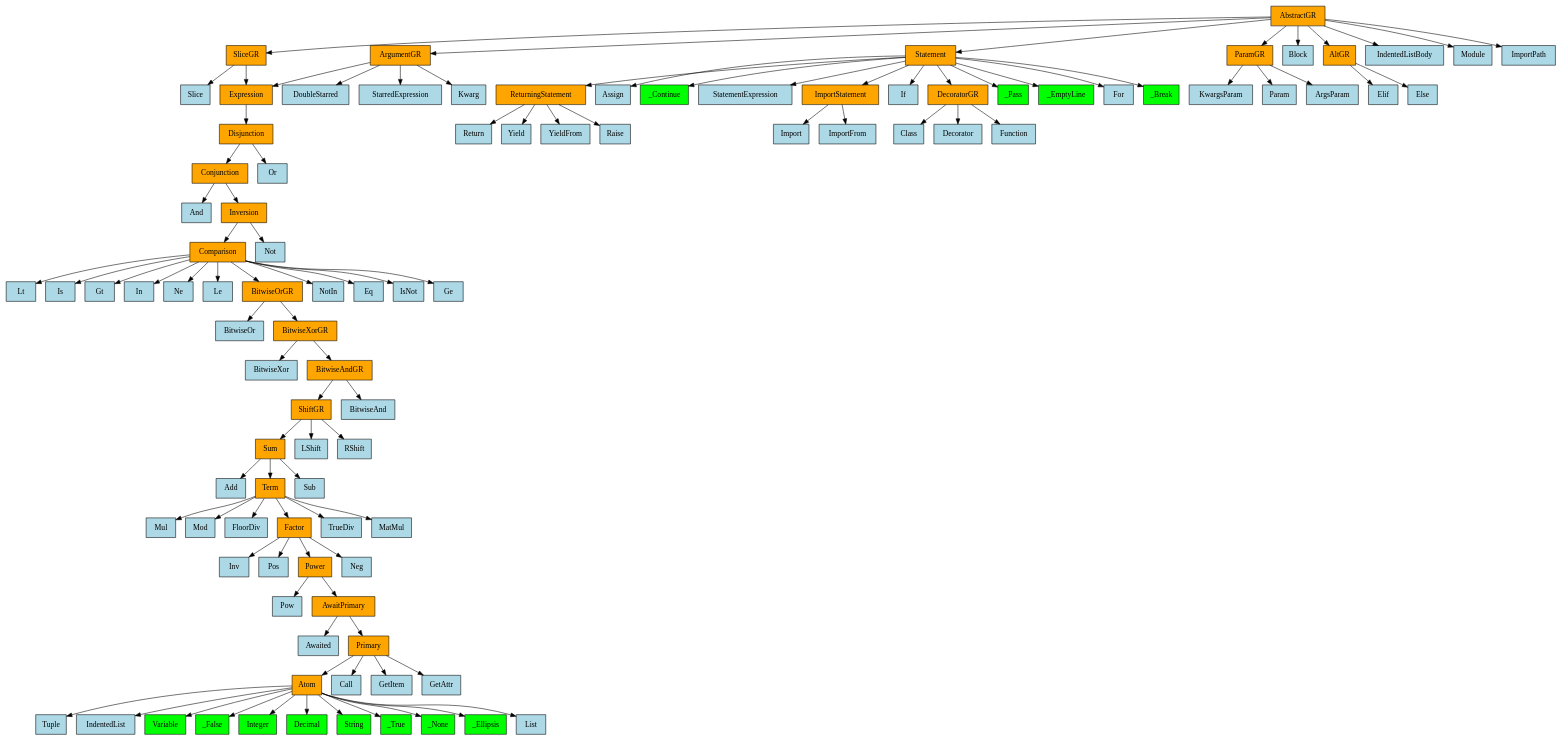
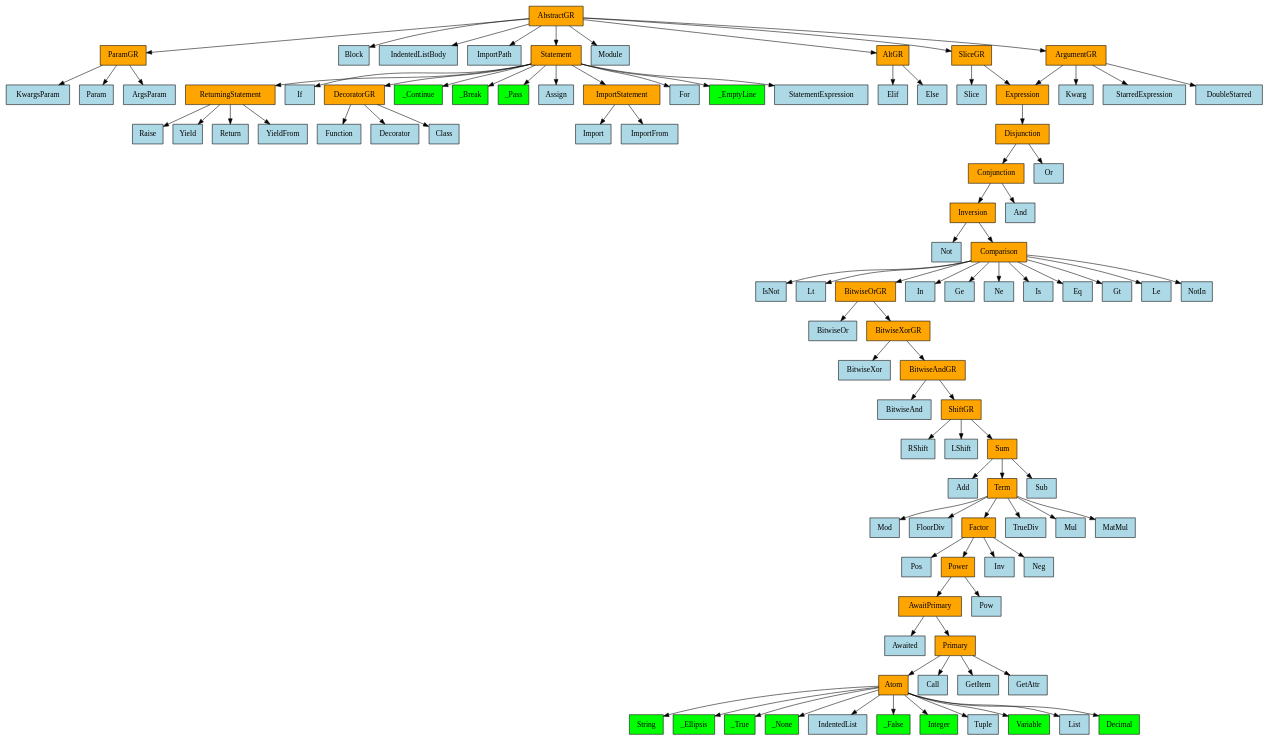
One commit to GabrielAmare/Language changed the diagram in language/base/python/v3_10_0/mro_graph.gv. Above: the diagram before and after it, drawn with Graphviz. The commit also changed 2 other files, not shown here.

```diff
--- a/language/base/python/v3_10_0/mro_graph.gv
+++ b/language/base/python/v3_10_0/mro_graph.gv
@@ -1,200 +1,200 @@
 digraph {
 	0 [label=AbstractGR fillcolor=orange shape=rect style=filled]
-	1 [label=SliceGR fillcolor=orange shape=rect style=filled]
-	2 [label=Statement fillcolor=orange shape=rect style=filled]
-	3 [label=ParamGR fillcolor=orange shape=rect style=filled]
-	4 [label=Block fillcolor=lightblue shape=rect style=filled]
-	5 [label=AltGR fillcolor=orange shape=rect style=filled]
-	6 [label=IndentedListBody fillcolor=lightblue shape=rect style=filled]
-	7 [label=Module fillcolor=lightblue shape=rect style=filled]
-	8 [label=ImportPath fillcolor=lightblue shape=rect style=filled]
+	1 [label=ParamGR fillcolor=orange shape=rect style=filled]
+	2 [label=Block fillcolor=lightblue shape=rect style=filled]
+	3 [label=IndentedListBody fillcolor=lightblue shape=rect style=filled]
+	4 [label=ImportPath fillcolor=lightblue shape=rect style=filled]
+	5 [label=Statement fillcolor=orange shape=rect style=filled]
+	6 [label=Module fillcolor=lightblue shape=rect style=filled]
+	7 [label=AltGR fillcolor=orange shape=rect style=filled]
+	8 [label=SliceGR fillcolor=orange shape=rect style=filled]
 	9 [label=ArgumentGR fillcolor=orange shape=rect style=filled]
 	10 [label=ReturningStatement fillcolor=orange shape=rect style=filled]
-	11 [label=Assign fillcolor=lightblue shape=rect style=filled]
-	12 [label=_Continue fillcolor=lime shape=rect style=filled]
-	13 [label=StatementExpression fillcolor=lightblue shape=rect style=filled]
-	14 [label=ImportStatement fillcolor=orange shape=rect style=filled]
-	15 [label=If fillcolor=lightblue shape=rect style=filled]
-	16 [label=DecoratorGR fillcolor=orange shape=rect style=filled]
-	17 [label=_Pass fillcolor=lime shape=rect style=filled]
-	18 [label=_EmptyLine fillcolor=lime shape=rect style=filled]
-	19 [label=For fillcolor=lightblue shape=rect style=filled]
-	20 [label=_Break fillcolor=lime shape=rect style=filled]
-	21 [label=Return fillcolor=lightblue shape=rect style=filled]
+	11 [label=If fillcolor=lightblue shape=rect style=filled]
+	12 [label=DecoratorGR fillcolor=orange shape=rect style=filled]
+	13 [label=_Continue fillcolor=lime shape=rect style=filled]
+	14 [label=_Break fillcolor=lime shape=rect style=filled]
+	15 [label=_Pass fillcolor=lime shape=rect style=filled]
+	16 [label=Assign fillcolor=lightblue shape=rect style=filled]
+	17 [label=ImportStatement fillcolor=orange shape=rect style=filled]
+	18 [label=For fillcolor=lightblue shape=rect style=filled]
+	19 [label=_EmptyLine fillcolor=lime shape=rect style=filled]
+	20 [label=StatementExpression fillcolor=lightblue shape=rect style=filled]
+	21 [label=Raise fillcolor=lightblue shape=rect style=filled]
 	22 [label=Yield fillcolor=lightblue shape=rect style=filled]
-	23 [label=YieldFrom fillcolor=lightblue shape=rect style=filled]
-	24 [label=Raise fillcolor=lightblue shape=rect style=filled]
-	25 [label=Class fillcolor=lightblue shape=rect style=filled]
+	23 [label=Return fillcolor=lightblue shape=rect style=filled]
+	24 [label=YieldFrom fillcolor=lightblue shape=rect style=filled]
+	25 [label=Function fillcolor=lightblue shape=rect style=filled]
 	26 [label=Decorator fillcolor=lightblue shape=rect style=filled]
-	27 [label=Function fillcolor=lightblue shape=rect style=filled]
+	27 [label=Class fillcolor=lightblue shape=rect style=filled]
 	28 [label=Import fillcolor=lightblue shape=rect style=filled]
 	29 [label=ImportFrom fillcolor=lightblue shape=rect style=filled]
 	30 [label=Elif fillcolor=lightblue shape=rect style=filled]
 	31 [label=Else fillcolor=lightblue shape=rect style=filled]
 	32 [label=KwargsParam fillcolor=lightblue shape=rect style=filled]
 	33 [label=Param fillcolor=lightblue shape=rect style=filled]
 	34 [label=ArgsParam fillcolor=lightblue shape=rect style=filled]
 	35 [label=Slice fillcolor=lightblue shape=rect style=filled]
 	36 [label=Expression fillcolor=orange shape=rect style=filled]
 	37 [label=Disjunction fillcolor=orange shape=rect style=filled]
 	38 [label=Conjunction fillcolor=orange shape=rect style=filled]
 	39 [label=Or fillcolor=lightblue shape=rect style=filled]
-	40 [label=And fillcolor=lightblue shape=rect style=filled]
-	41 [label=Inversion fillcolor=orange shape=rect style=filled]
-	42 [label=Comparison fillcolor=orange shape=rect style=filled]
-	43 [label=Not fillcolor=lightblue shape=rect style=filled]
-	44 [label=Lt fillcolor=lightblue shape=rect style=filled]
-	45 [label=Is fillcolor=lightblue shape=rect style=filled]
-	46 [label=Gt fillcolor=lightblue shape=rect style=filled]
+	40 [label=Inversion fillcolor=orange shape=rect style=filled]
+	41 [label=And fillcolor=lightblue shape=rect style=filled]
+	42 [label=Not fillcolor=lightblue shape=rect style=filled]
+	43 [label=Comparison fillcolor=orange shape=rect style=filled]
+	44 [label=IsNot fillcolor=lightblue shape=rect style=filled]
+	45 [label=Lt fillcolor=lightblue shape=rect style=filled]
+	46 [label=BitwiseOrGR fillcolor=orange shape=rect style=filled]
 	47 [label=In fillcolor=lightblue shape=rect style=filled]
-	48 [label=Ne fillcolor=lightblue shape=rect style=filled]
-	49 [label=Le fillcolor=lightblue shape=rect style=filled]
-	50 [label=BitwiseOrGR fillcolor=orange shape=rect style=filled]
-	51 [label=NotIn fillcolor=lightblue shape=rect style=filled]
-	52 [label=Eq fillcolor=lightblue shape=rect style=filled]
-	53 [label=IsNot fillcolor=lightblue shape=rect style=filled]
-	54 [label=Ge fillcolor=lightblue shape=rect style=filled]
+	48 [label=Ge fillcolor=lightblue shape=rect style=filled]
+	49 [label=Ne fillcolor=lightblue shape=rect style=filled]
+	50 [label=Is fillcolor=lightblue shape=rect style=filled]
+	51 [label=Eq fillcolor=lightblue shape=rect style=filled]
+	52 [label=Gt fillcolor=lightblue shape=rect style=filled]
+	53 [label=Le fillcolor=lightblue shape=rect style=filled]
+	54 [label=NotIn fillcolor=lightblue shape=rect style=filled]
 	55 [label=BitwiseOr fillcolor=lightblue shape=rect style=filled]
 	56 [label=BitwiseXorGR fillcolor=orange shape=rect style=filled]
 	57 [label=BitwiseXor fillcolor=lightblue shape=rect style=filled]
 	58 [label=BitwiseAndGR fillcolor=orange shape=rect style=filled]
-	59 [label=ShiftGR fillcolor=orange shape=rect style=filled]
-	60 [label=BitwiseAnd fillcolor=lightblue shape=rect style=filled]
-	61 [label=Sum fillcolor=orange shape=rect style=filled]
+	59 [label=BitwiseAnd fillcolor=lightblue shape=rect style=filled]
+	60 [label=ShiftGR fillcolor=orange shape=rect style=filled]
+	61 [label=RShift fillcolor=lightblue shape=rect style=filled]
 	62 [label=LShift fillcolor=lightblue shape=rect style=filled]
-	63 [label=RShift fillcolor=lightblue shape=rect style=filled]
+	63 [label=Sum fillcolor=orange shape=rect style=filled]
 	64 [label=Add fillcolor=lightblue shape=rect style=filled]
 	65 [label=Term fillcolor=orange shape=rect style=filled]
 	66 [label=Sub fillcolor=lightblue shape=rect style=filled]
-	67 [label=Mul fillcolor=lightblue shape=rect style=filled]
-	68 [label=Mod fillcolor=lightblue shape=rect style=filled]
-	69 [label=FloorDiv fillcolor=lightblue shape=rect style=filled]
-	70 [label=Factor fillcolor=orange shape=rect style=filled]
-	71 [label=TrueDiv fillcolor=lightblue shape=rect style=filled]
+	67 [label=Mod fillcolor=lightblue shape=rect style=filled]
+	68 [label=FloorDiv fillcolor=lightblue shape=rect style=filled]
+	69 [label=Factor fillcolor=orange shape=rect style=filled]
+	70 [label=TrueDiv fillcolor=lightblue shape=rect style=filled]
+	71 [label=Mul fillcolor=lightblue shape=rect style=filled]
 	72 [label=MatMul fillcolor=lightblue shape=rect style=filled]
-	73 [label=Inv fillcolor=lightblue shape=rect style=filled]
-	74 [label=Pos fillcolor=lightblue shape=rect style=filled]
-	75 [label=Power fillcolor=orange shape=rect style=filled]
+	73 [label=Pos fillcolor=lightblue shape=rect style=filled]
+	74 [label=Power fillcolor=orange shape=rect style=filled]
+	75 [label=Inv fillcolor=lightblue shape=rect style=filled]
 	76 [label=Neg fillcolor=lightblue shape=rect style=filled]
-	77 [label=Pow fillcolor=lightblue shape=rect style=filled]
-	78 [label=AwaitPrimary fillcolor=orange shape=rect style=filled]
+	77 [label=AwaitPrimary fillcolor=orange shape=rect style=filled]
+	78 [label=Pow fillcolor=lightblue shape=rect style=filled]
 	79 [label=Awaited fillcolor=lightblue shape=rect style=filled]
 	80 [label=Primary fillcolor=orange shape=rect style=filled]
 	81 [label=Atom fillcolor=orange shape=rect style=filled]
 	82 [label=Call fillcolor=lightblue shape=rect style=filled]
 	83 [label=GetItem fillcolor=lightblue shape=rect style=filled]
 	84 [label=GetAttr fillcolor=lightblue shape=rect style=filled]
-	85 [label=Tuple fillcolor=lightblue shape=rect style=filled]
-	86 [label=IndentedList fillcolor=lightblue shape=rect style=filled]
-	87 [label=Variable fillcolor=lime shape=rect style=filled]
-	88 [label=_False fillcolor=lime shape=rect style=filled]
-	89 [label=Integer fillcolor=lime shape=rect style=filled]
-	90 [label=Decimal fillcolor=lime shape=rect style=filled]
-	91 [label=String fillcolor=lime shape=rect style=filled]
-	92 [label=_True fillcolor=lime shape=rect style=filled]
-	93 [label=_None fillcolor=lime shape=rect style=filled]
-	94 [label=_Ellipsis fillcolor=lime shape=rect style=filled]
-	95 [label=List fillcolor=lightblue shape=rect style=filled]
-	96 [label=DoubleStarred fillcolor=lightblue shape=rect style=filled]
+	85 [label=String fillcolor=lime shape=rect style=filled]
+	86 [label=_Ellipsis fillcolor=lime shape=rect style=filled]
+	87 [label=_True fillcolor=lime shape=rect style=filled]
+	88 [label=_None fillcolor=lime shape=rect style=filled]
+	89 [label=IndentedList fillcolor=lightblue shape=rect style=filled]
+	90 [label=_False fillcolor=lime shape=rect style=filled]
+	91 [label=Integer fillcolor=lime shape=rect style=filled]
+	92 [label=Tuple fillcolor=lightblue shape=rect style=filled]
+	93 [label=Variable fillcolor=lime shape=rect style=filled]
+	94 [label=List fillcolor=lightblue shape=rect style=filled]
+	95 [label=Decimal fillcolor=lime shape=rect style=filled]
+	96 [label=Kwarg fillcolor=lightblue shape=rect style=filled]
 	97 [label=StarredExpression fillcolor=lightblue shape=rect style=filled]
-	98 [label=Kwarg fillcolor=lightblue shape=rect style=filled]
+	98 [label=DoubleStarred fillcolor=lightblue shape=rect style=filled]
 	0 -> 1
 	0 -> 2
 	0 -> 3
 	0 -> 4
 	0 -> 5
 	0 -> 6
 	0 -> 7
 	0 -> 8
 	0 -> 9
-	2 -> 10
-	2 -> 11
-	2 -> 12
-	2 -> 13
-	2 -> 14
-	2 -> 15
-	2 -> 16
-	2 -> 17
-	2 -> 18
-	2 -> 19
-	2 -> 20
+	5 -> 10
+	5 -> 11
+	5 -> 12
+	5 -> 13
+	5 -> 14
+	5 -> 15
+	5 -> 16
+	5 -> 17
+	5 -> 18
+	5 -> 19
+	5 -> 20
 	10 -> 21
 	10 -> 22
 	10 -> 23
 	10 -> 24
-	16 -> 25
-	16 -> 26
-	16 -> 27
-	14 -> 28
-	14 -> 29
-	5 -> 30
-	5 -> 31
-	3 -> 32
-	3 -> 33
-	3 -> 34
-	1 -> 35
-	1 -> 36
+	12 -> 25
+	12 -> 26
+	12 -> 27
+	17 -> 28
+	17 -> 29
+	7 -> 30
+	7 -> 31
+	1 -> 32
+	1 -> 33
+	1 -> 34
+	8 -> 35
+	8 -> 36
 	36 -> 37
 	37 -> 38
 	37 -> 39
 	38 -> 40
 	38 -> 41
-	41 -> 42
-	41 -> 43
-	42 -> 44
-	42 -> 45
-	42 -> 46
-	42 -> 47
-	42 -> 48
-	42 -> 49
-	42 -> 50
-	42 -> 51
-	42 -> 52
-	42 -> 53
-	42 -> 54
-	50 -> 55
-	50 -> 56
+	40 -> 42
+	40 -> 43
+	43 -> 44
+	43 -> 45
+	43 -> 46
+	43 -> 47
+	43 -> 48
+	43 -> 49
+	43 -> 50
+	43 -> 51
+	43 -> 52
+	43 -> 53
+	43 -> 54
+	46 -> 55
+	46 -> 56
 	56 -> 57
 	56 -> 58
 	58 -> 59
 	58 -> 60
-	59 -> 61
-	59 -> 62
-	59 -> 63
-	61 -> 64
-	61 -> 65
-	61 -> 66
+	60 -> 61
+	60 -> 62
+	60 -> 63
+	63 -> 64
+	63 -> 65
+	63 -> 66
 	65 -> 67
 	65 -> 68
 	65 -> 69
 	65 -> 70
 	65 -> 71
 	65 -> 72
-	70 -> 73
-	70 -> 74
-	70 -> 75
-	70 -> 76
-	75 -> 77
-	75 -> 78
-	78 -> 79
-	78 -> 80
+	69 -> 73
+	69 -> 74
+	69 -> 75
+	69 -> 76
+	74 -> 77
+	74 -> 78
+	77 -> 79
+	77 -> 80
 	80 -> 81
 	80 -> 82
 	80 -> 83
 	80 -> 84
 	81 -> 85
 	81 -> 86
 	81 -> 87
 	81 -> 88
 	81 -> 89
 	81 -> 90
 	81 -> 91
 	81 -> 92
 	81 -> 93
 	81 -> 94
 	81 -> 95
 	9 -> 96
 	9 -> 97
+	9 -> 98
 	9 -> 36
-	9 -> 98
 }
```
